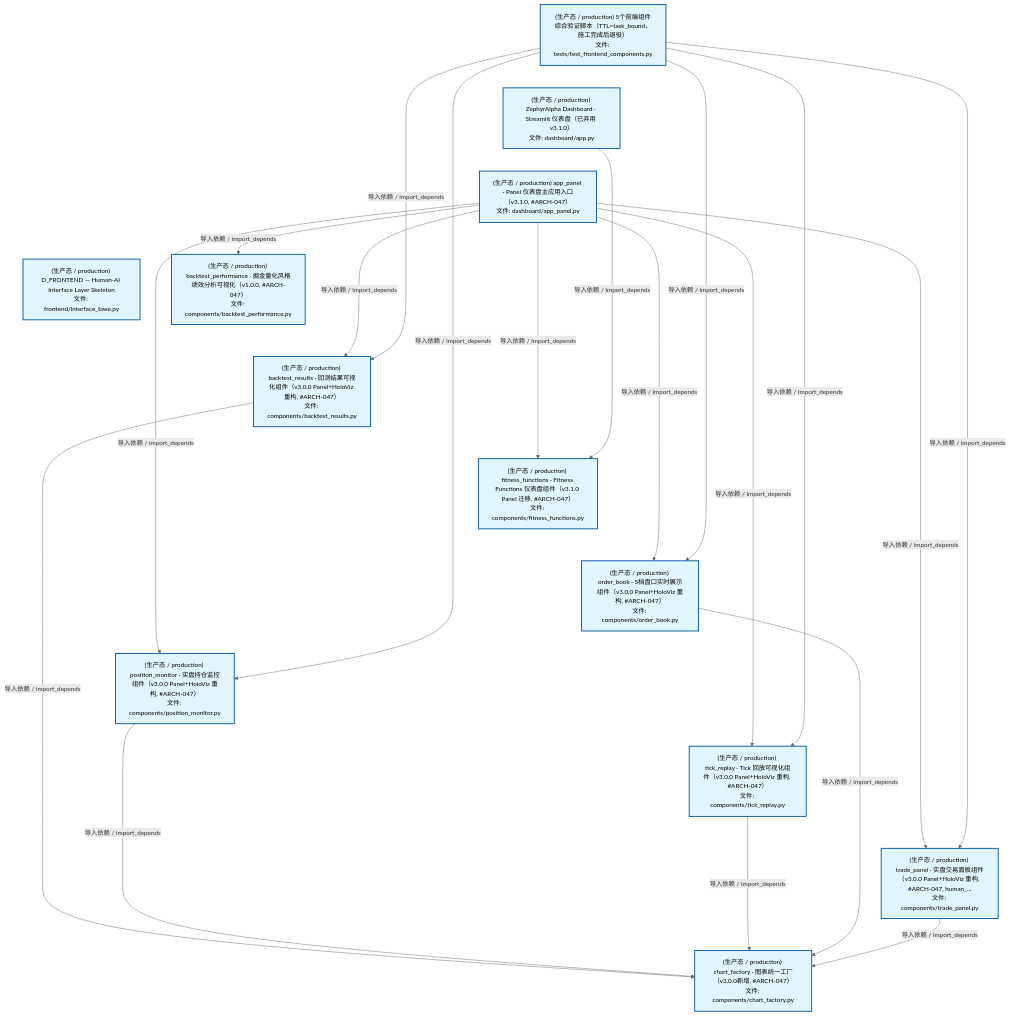
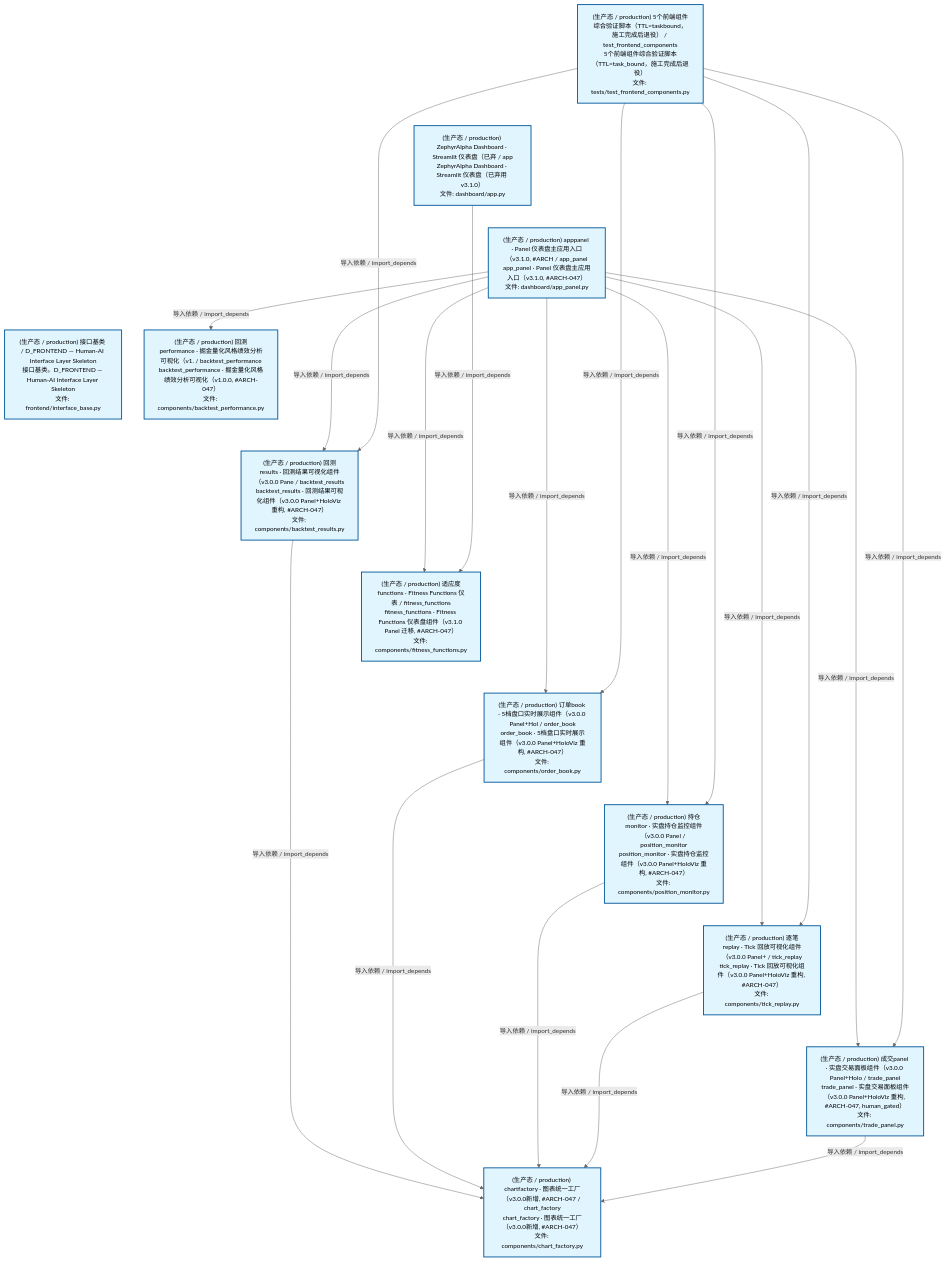
The second of 4 diagrams in docs/02_enterprise_architecture/02_domain_architecture_docs/47_d_frontend.md (xuanFelixVan/ZephyrAlpha), drawn with Mermaid before and after one commit. The commit also changed other lines of this file and 60 other files, not shown here.

````diff
--- a/docs/02_enterprise_architecture/02_domain_architecture_docs/47_d_frontend.md
+++ b/docs/02_enterprise_architecture/02_domain_architecture_docs/47_d_frontend.md
@@ -124,48 +124,48 @@
 ```mermaid
 %%{init: {'theme': 'base', 'themeVariables': {'primaryColor': '#eaeaea', 'primaryTextColor': '#333333', 'primaryBorderColor': '#666666', 'lineColor': '#666666', 'secondaryColor': '#eaeaea', 'tertiaryColor': '#eaeaea', 'fontSize': '14px'}}}%%
 flowchart TD
-    scripts_tests_test_frontend_components_py["(生产态 / production) 5个前端组件综合验证脚本（TTL=task_bound，施工完成后退役）<br/>文件: tests/test_frontend_components.py"]
-    src_zephyr_frontend_dashboard_app_py["(生产态 / production) ZephyrAlpha Dashboard · Streamlit 仪表盘（已弃用 v3.1.0）<br/>文件: dashboard/app.py"]
-    src_zephyr_frontend_dashboard_app_panel_py["(生产态 / production) app_panel · Panel 仪表盘主应用入口（v3.1.0, #ARCH-047）<br/>文件: dashboard/app_panel.py"]
-    src_zephyr_frontend_interface_base_py["(生产态 / production) D_FRONTEND — Human-AI Interface Layer Skeleton<br/>文件: frontend/interface_base.py"]
+    scripts_tests_test_frontend_components_py["(生产态 / production) 5个前端组件综合验证脚本（TTL=taskbound，施工完成后退役） / test_frontend_components<br/>5个前端组件综合验证脚本（TTL=task_bound，施工完成后退役）<br/>文件: tests/test_frontend_components.py"]
+    src_zephyr_frontend_dashboard_app_py["(生产态 / production) ZephyrAlpha Dashboard · Streamlit 仪表盘（已弃 / app<br/>ZephyrAlpha Dashboard · Streamlit 仪表盘（已弃用 v3.1.0）<br/>文件: dashboard/app.py"]
+    src_zephyr_frontend_dashboard_app_panel_py["(生产态 / production) apppanel · Panel 仪表盘主应用入口（v3.1.0, #ARCH / app_panel<br/>app_panel · Panel 仪表盘主应用入口（v3.1.0, #ARCH-047）<br/>文件: dashboard/app_panel.py"]
+    src_zephyr_frontend_interface_base_py["(生产态 / production) 接口基类 / D_FRONTEND — Human-AI Interface Layer Skeleton<br/>接口基类。D_FRONTEND — Human-AI Interface Layer Skeleton<br/>文件: frontend/interface_base.py"]
     scripts_tests_test_frontend_components_py ~~~ src_zephyr_frontend_dashboard_app_py
     src_zephyr_frontend_dashboard_app_py ~~~ src_zephyr_frontend_dashboard_app_panel_py
     src_zephyr_frontend_dashboard_app_panel_py ~~~ src_zephyr_frontend_interface_base_py
-    src_zephyr_frontend_dashboard_components_backtest_performance_py["(生产态 / production) backtest_performance · 掘金量化风格绩效分析可视化（v1.0.0, #ARCH-047）<br/>文件: components/backtest_performance.py"]
-    src_zephyr_frontend_dashboard_components_backtest_results_py["(生产态 / production) backtest_results · 回测结果可视化组件（v3.0.0 Panel+HoloViz 重构, #ARCH-047）<br/>文件: components/backtest_results.py"]
-    src_zephyr_frontend_dashboard_components_fitness_functions_py["(生产态 / production) fitness_functions · Fitness Functions 仪表盘组件（v3.1.0 Panel 迁移, #ARCH-047）<br/>文件: components/fitness_functions.py"]
-    src_zephyr_frontend_dashboard_components_order_book_py["(生产态 / production) order_book · 5档盘口实时展示组件（v3.0.0 Panel+HoloViz 重构, #ARCH-047）<br/>文件: components/order_book.py"]
-    src_zephyr_frontend_dashboard_components_position_monitor_py["(生产态 / production) position_monitor · 实盘持仓监控组件（v3.0.0 Panel+HoloViz 重构, #ARCH-047）<br/>文件: components/position_monitor.py"]
-    src_zephyr_frontend_dashboard_components_tick_replay_py["(生产态 / production) tick_replay · Tick 回放可视化组件（v3.0.0 Panel+HoloViz 重构, #ARCH-047）<br/>文件: components/tick_replay.py"]
-    src_zephyr_frontend_dashboard_components_trade_panel_py["(生产态 / production) trade_panel · 实盘交易面板组件（v3.0.0 Panel+HoloViz 重构, #ARCH-047, human_...<br/>文件: components/trade_panel.py"]
+    src_zephyr_frontend_dashboard_components_backtest_performance_py["(生产态 / production) 回测performance · 掘金量化风格绩效分析可视化（v1. / backtest_performance<br/>backtest_performance · 掘金量化风格绩效分析可视化（v1.0.0, #ARCH-047）<br/>文件: components/backtest_performance.py"]
+    src_zephyr_frontend_dashboard_components_backtest_results_py["(生产态 / production) 回测results · 回测结果可视化组件（v3.0.0 Pane / backtest_results<br/>backtest_results · 回测结果可视化组件（v3.0.0 Panel+HoloViz 重构, #ARCH-047）<br/>文件: components/backtest_results.py"]
+    src_zephyr_frontend_dashboard_components_fitness_functions_py["(生产态 / production) 适应度functions · Fitness Functions 仪表 / fitness_functions<br/>fitness_functions · Fitness Functions 仪表盘组件（v3.1.0 Panel 迁移, #ARCH-047）<br/>文件: components/fitness_functions.py"]
+    src_zephyr_frontend_dashboard_components_order_book_py["(生产态 / production) 订单book · 5档盘口实时展示组件（v3.0.0 Panel+Hol / order_book<br/>order_book · 5档盘口实时展示组件（v3.0.0 Panel+HoloViz 重构, #ARCH-047）<br/>文件: components/order_book.py"]
+    src_zephyr_frontend_dashboard_components_position_monitor_py["(生产态 / production) 持仓monitor · 实盘持仓监控组件（v3.0.0 Panel / position_monitor<br/>position_monitor · 实盘持仓监控组件（v3.0.0 Panel+HoloViz 重构, #ARCH-047）<br/>文件: components/position_monitor.py"]
+    src_zephyr_frontend_dashboard_components_tick_replay_py["(生产态 / production) 逐笔replay · Tick 回放可视化组件（v3.0.0 Panel+ / tick_replay<br/>tick_replay · Tick 回放可视化组件（v3.0.0 Panel+HoloViz 重构, #ARCH-047）<br/>文件: components/tick_replay.py"]
+    src_zephyr_frontend_dashboard_components_trade_panel_py["(生产态 / production) 成交panel · 实盘交易面板组件（v3.0.0 Panel+Holo / trade_panel<br/>trade_panel · 实盘交易面板组件（v3.0.0 Panel+HoloViz 重构, #ARCH-047, human_gated）<br/>文件: components/trade_panel.py"]
     src_zephyr_frontend_dashboard_components_backtest_performance_py ~~~ src_zephyr_frontend_dashboard_components_backtest_results_py
     src_zephyr_frontend_dashboard_components_backtest_results_py ~~~ src_zephyr_frontend_dashboard_components_fitness_functions_py
     src_zephyr_frontend_dashboard_components_fitness_functions_py ~~~ src_zephyr_frontend_dashboard_components_order_book_py
     src_zephyr_frontend_dashboard_components_order_book_py ~~~ src_zephyr_frontend_dashboard_components_position_monitor_py
     src_zephyr_frontend_dashboard_components_position_monitor_py ~~~ src_zephyr_frontend_dashboard_components_tick_replay_py
     src_zephyr_frontend_dashboard_components_tick_replay_py ~~~ src_zephyr_frontend_dashboard_components_trade_panel_py
-    src_zephyr_frontend_dashboard_components_chart_factory_py["(生产态 / production) chart_factory · 图表统一工厂（v3.0.0新增, #ARCH-047）<br/>文件: components/chart_factory.py"]
+    src_zephyr_frontend_dashboard_components_chart_factory_py["(生产态 / production) chartfactory · 图表统一工厂（v3.0.0新增, #ARCH-047 / chart_factory<br/>chart_factory · 图表统一工厂（v3.0.0新增, #ARCH-047）<br/>文件: components/chart_factory.py"]
+    src_zephyr_frontend_dashboard_app_panel_py -->|导入依赖 / import_depends| src_zephyr_frontend_dashboard_components_backtest_results_py
+    src_zephyr_frontend_dashboard_app_panel_py -->|导入依赖 / import_depends| src_zephyr_frontend_dashboard_components_fitness_functions_py
     src_zephyr_frontend_dashboard_app_panel_py -->|导入依赖 / import_depends| src_zephyr_frontend_dashboard_components_backtest_performance_py
-    src_zephyr_frontend_dashboard_app_panel_py -->|导入依赖 / import_depends| src_zephyr_frontend_dashboard_components_fitness_functions_py
-    src_zephyr_frontend_dashboard_app_panel_py -->|导入依赖 / import_depends| src_zephyr_frontend_dashboard_components_backtest_results_py
+    src_zephyr_frontend_dashboard_app_panel_py -->|导入依赖 / import_depends| src_zephyr_frontend_dashboard_components_order_book_py
     src_zephyr_frontend_dashboard_app_panel_py -->|导入依赖 / import_depends| src_zephyr_frontend_dashboard_components_position_monitor_py
     src_zephyr_frontend_dashboard_app_panel_py -->|导入依赖 / import_depends| src_zephyr_frontend_dashboard_components_tick_replay_py
-    src_zephyr_frontend_dashboard_app_panel_py -->|导入依赖 / import_depends| src_zephyr_frontend_dashboard_components_order_book_py
     src_zephyr_frontend_dashboard_app_panel_py -->|导入依赖 / import_depends| src_zephyr_frontend_dashboard_components_trade_panel_py
+    src_zephyr_frontend_dashboard_components_backtest_results_py -->|导入依赖 / import_depends| src_zephyr_frontend_dashboard_components_chart_factory_py
     src_zephyr_frontend_dashboard_app_py -->|导入依赖 / import_depends| src_zephyr_frontend_dashboard_components_fitness_functions_py
-    src_zephyr_frontend_dashboard_components_backtest_results_py -->|导入依赖 / import_depends| src_zephyr_frontend_dashboard_components_chart_factory_py
+    src_zephyr_frontend_dashboard_components_order_book_py -->|导入依赖 / import_depends| src_zephyr_frontend_dashboard_components_chart_factory_py
     src_zephyr_frontend_dashboard_components_position_monitor_py -->|导入依赖 / import_depends| src_zephyr_frontend_dashboard_components_chart_factory_py
     src_zephyr_frontend_dashboard_components_tick_replay_py -->|导入依赖 / import_depends| src_zephyr_frontend_dashboard_components_chart_factory_py
-    src_zephyr_frontend_dashboard_components_order_book_py -->|导入依赖 / import_depends| src_zephyr_frontend_dashboard_components_chart_factory_py
     src_zephyr_frontend_dashboard_components_trade_panel_py -->|导入依赖 / import_depends| src_zephyr_frontend_dashboard_components_chart_factory_py
     scripts_tests_test_frontend_components_py -->|导入依赖 / import_depends| src_zephyr_frontend_dashboard_components_backtest_results_py
+    scripts_tests_test_frontend_components_py -->|导入依赖 / import_depends| src_zephyr_frontend_dashboard_components_order_book_py
     scripts_tests_test_frontend_components_py -->|导入依赖 / import_depends| src_zephyr_frontend_dashboard_components_position_monitor_py
     scripts_tests_test_frontend_components_py -->|导入依赖 / import_depends| src_zephyr_frontend_dashboard_components_tick_replay_py
-    scripts_tests_test_frontend_components_py -->|导入依赖 / import_depends| src_zephyr_frontend_dashboard_components_order_book_py
     scripts_tests_test_frontend_components_py -->|导入依赖 / import_depends| src_zephyr_frontend_dashboard_components_trade_panel_py
     classDef production fill:#e1f5fe,stroke:#01579b,stroke-width:2px,color:#000
     classDef design fill:#fff3e0,stroke:#e65100,stroke-width:2px,color:#000,stroke-dasharray: 5 5
     classDef external_prod fill:#e8f4fd,stroke:#0277bd,stroke-width:1px,color:#000
     classDef external_design fill:#fff8e7,stroke:#ef6c00,stroke-width:1px,color:#000,stroke-dasharray: 5 5
     class scripts_tests_test_frontend_components_py,src_zephyr_frontend_dashboard_app_py,src_zephyr_frontend_dashboard_app_panel_py,src_zephyr_frontend_dashboard_components_backtest_performance_py,src_zephyr_frontend_dashboard_components_backtest_results_py,src_zephyr_frontend_dashboard_components_chart_factory_py,src_zephyr_frontend_dashboard_components_fitness_functions_py,src_zephyr_frontend_dashboard_components_order_book_py,src_zephyr_frontend_dashboard_components_position_monitor_py,src_zephyr_frontend_dashboard_components_tick_replay_py,src_zephyr_frontend_dashboard_components_trade_panel_py,src_zephyr_frontend_interface_base_py production
 ```
````
